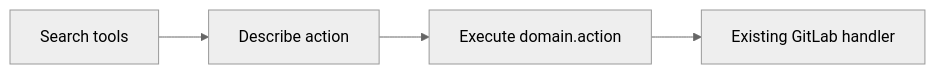
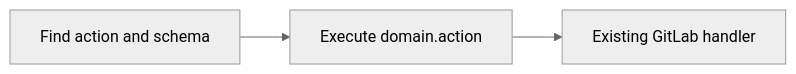
One commit to jmrplens/gitlab-mcp-server changed the diagram in site/src/content/docs/tools/overview.mdx. Above: the diagram before and after it, drawn with Mermaid (neutral theme). The commit also changed other lines of this file and 179 other files, not shown here.

````diff
--- a/site/src/content/docs/tools/overview.mdx
+++ b/site/src/content/docs/tools/overview.mdx
@@ -37,6 +37,5 @@
 ```mermaid
 flowchart LR
-    A[Search tools] --> B[Describe action]
-    B --> C[Execute domain.action]
-    C --> D[Existing GitLab handler]
+	A[Find action and schema] --> B[Execute domain.action]
+	B --> C[Existing GitLab handler]
 ```
````
